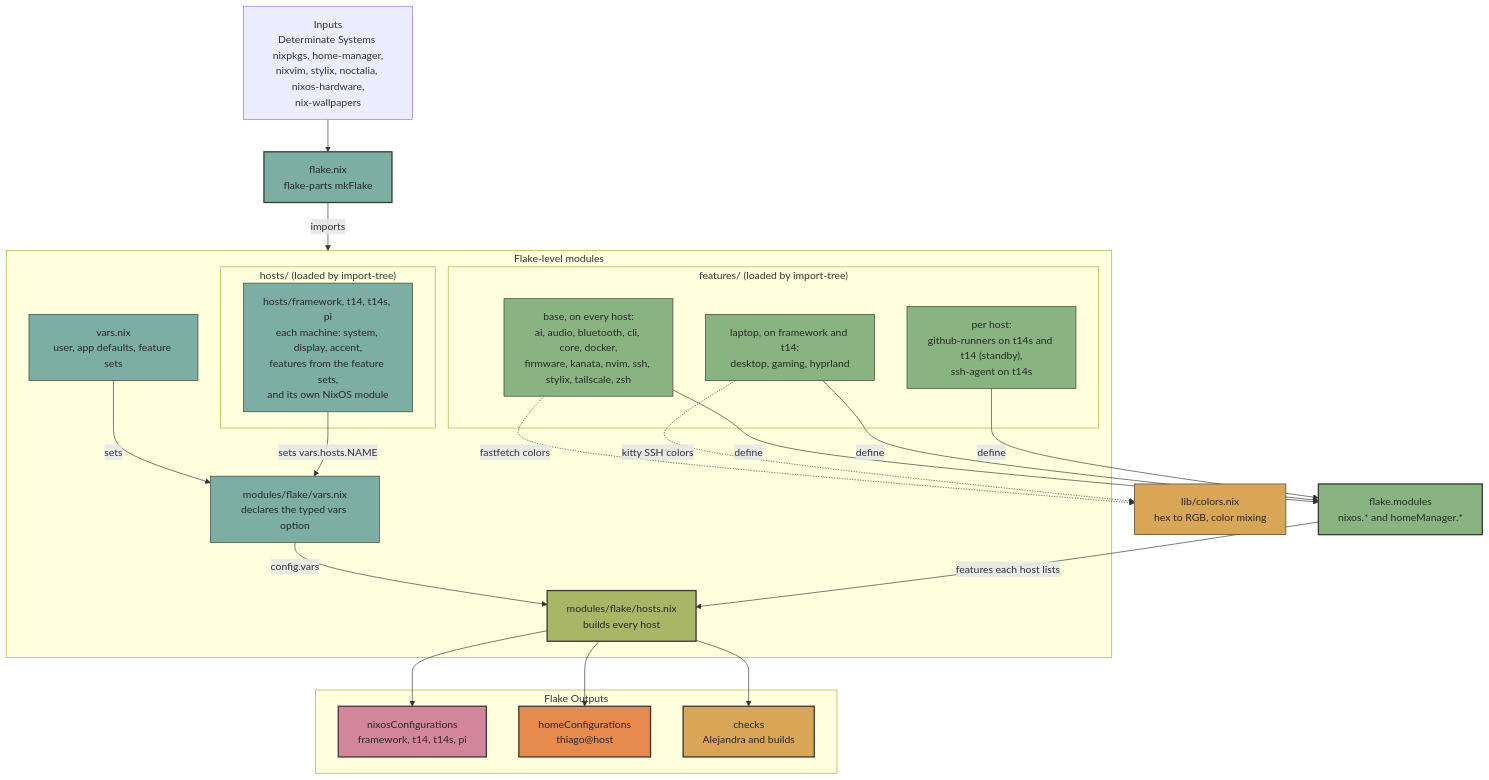
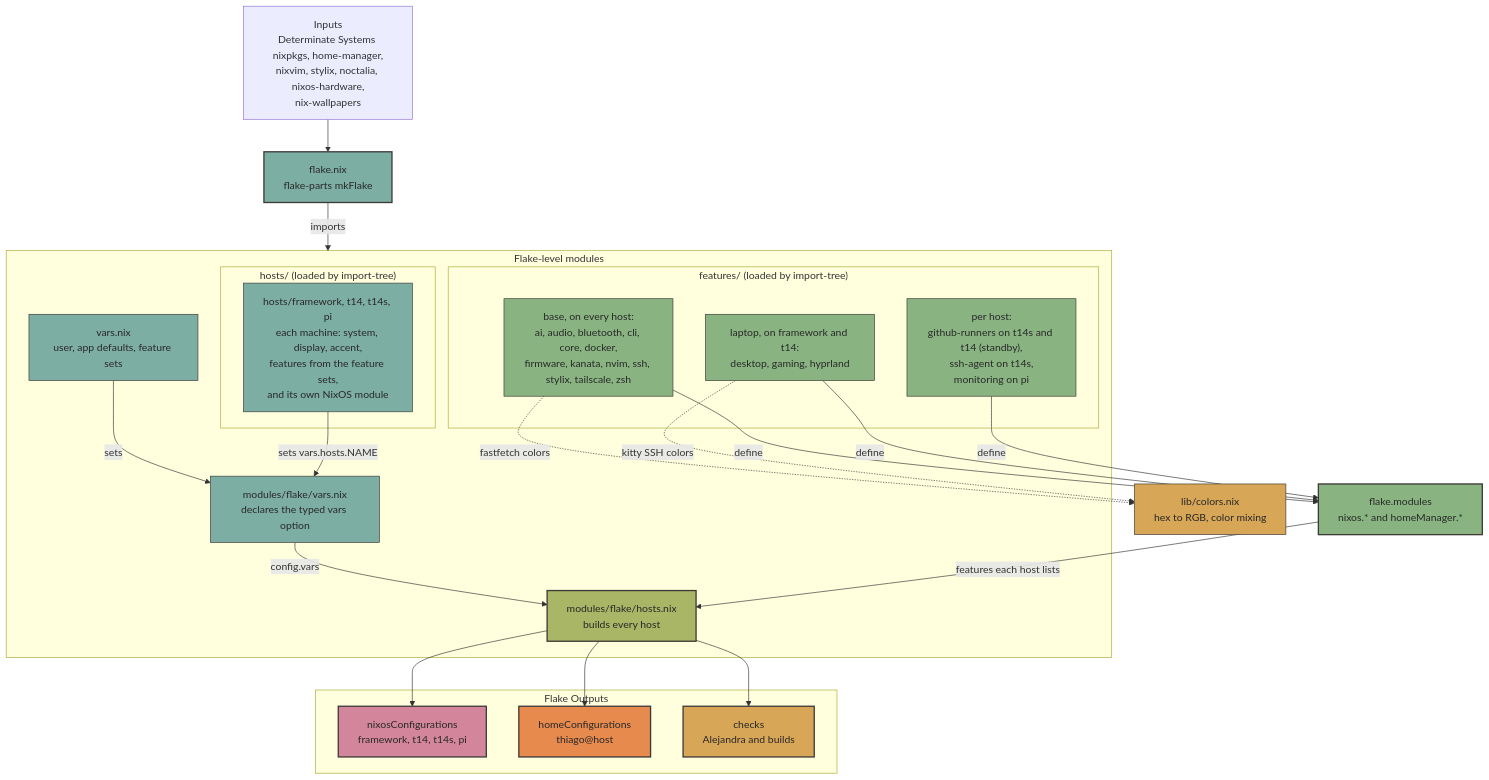
The diagram in README.md (thiagokimo/nix-config), drawn with Mermaid before and after one commit. The commit also changed other lines of this file, not shown here.

First line of the commit message:
Documents monitoring in the README

````diff
--- a/README.md
+++ b/README.md
@@ -82,58 +83,58 @@
 ```mermaid
 graph TD
     Inputs["Inputs<br/>Determinate Systems nixpkgs, home-manager,<br/>nixvim, stylix, noctalia, nixos-hardware,<br/>nix-wallpapers"] --> Flake
     Flake["flake.nix<br/>flake-parts mkFlake"]
 
     subgraph FlakeLevel ["Flake-level modules"]
         VarsOpt["modules/flake/vars.nix<br/>declares the typed vars option"]
         Vars["vars.nix<br/>user, app defaults, feature sets"]
         subgraph Features ["features/ (loaded by import-tree)"]
             BaseF["base, on every host:<br/>ai, audio, bluetooth, cli, core, docker,<br/>firmware, kanata, nvim, ssh, stylix, tailscale, zsh"]
             LaptopF["laptop, on framework and t14:<br/>desktop, gaming, hyprland"]
-            ServerF["per host:<br/>github-runners on t14s and t14 (standby),<br/>ssh-agent on t14s"]
+            ServerF["per host:<br/>github-runners on t14s and t14 (standby),<br/>ssh-agent on t14s,<br/>monitoring on pi"]
         end
         subgraph Hosts ["hosts/ (loaded by import-tree)"]
             HostFiles["hosts/framework, t14, t14s, pi<br/>each machine: system, display, accent,<br/>features from the feature sets,<br/>and its own NixOS module"]
         end
         HostsMod["modules/flake/hosts.nix<br/>builds every host"]
     end
 
     Flake -->|imports| FlakeLevel
     Vars -->|sets| VarsOpt
     HostFiles -->|sets vars.hosts.NAME| VarsOpt
     BaseF -->|define| FlakeModules
     LaptopF -->|define| FlakeModules
     ServerF -->|define| FlakeModules
     FlakeModules["flake.modules<br/>nixos.* and homeManager.*"]
 
     VarsOpt -->|config.vars| HostsMod
     FlakeModules -->|features each host lists| HostsMod
 
     subgraph Outputs ["Flake Outputs"]
         NixOS["nixosConfigurations<br/>framework, t14, t14s, pi"]
         HomeM["homeConfigurations<br/>thiago@host"]
         Checks["checks<br/>Alejandra and builds"]
     end
 
     HostsMod --> NixOS
     HostsMod --> HomeM
     HostsMod --> Checks
 
     Colors["lib/colors.nix<br/>hex to RGB, color mixing"]
     BaseF -.->|fastfetch colors| Colors
     LaptopF -.->|kitty SSH colors| Colors
 
     style Flake fill:#7daea3,stroke:#3c3836,stroke-width:2px,color:#282828
     style VarsOpt fill:#7daea3,stroke:#3c3836,stroke-width:1px,color:#282828
     style Vars fill:#7daea3,stroke:#3c3836,stroke-width:1px,color:#282828
     style HostFiles fill:#7daea3,stroke:#3c3836,stroke-width:1px,color:#282828
     style BaseF fill:#89b482,stroke:#3c3836,stroke-width:1px,color:#282828
     style LaptopF fill:#89b482,stroke:#3c3836,stroke-width:1px,color:#282828
     style ServerF fill:#89b482,stroke:#3c3836,stroke-width:1px,color:#282828
     style FlakeModules fill:#89b482,stroke:#3c3836,stroke-width:2px,color:#282828
     style HostsMod fill:#a9b665,stroke:#3c3836,stroke-width:2px,color:#282828
     style Colors fill:#d8a657,stroke:#3c3836,stroke-width:1px,color:#282828
     style NixOS fill:#d3869b,stroke:#3c3836,stroke-width:2px,color:#282828
     style HomeM fill:#e78a4e,stroke:#3c3836,stroke-width:2px,color:#282828
     style Checks fill:#d8a657,stroke:#3c3836,stroke-width:2px,color:#282828
 ```
````
